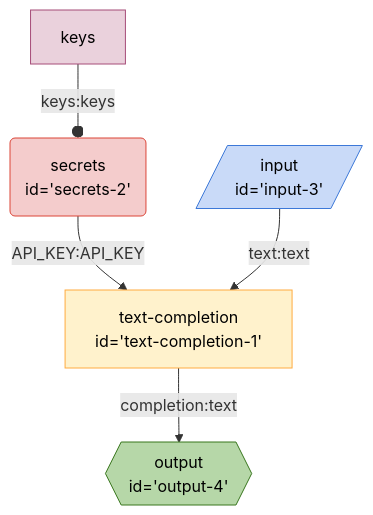
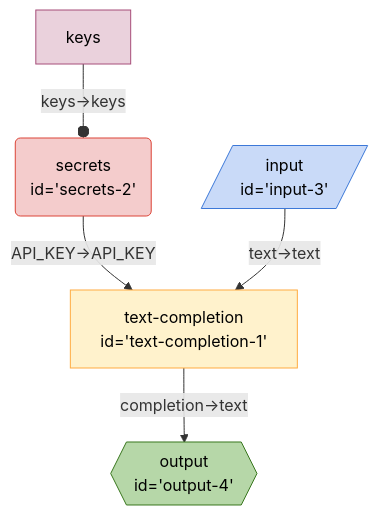
One commit to breadboard-ai/breadboard changed the diagram in seeds/graph-playground/docs/graphs/simplest.md. Above: the diagram before and after it, drawn with Mermaid. The commit also changed other lines of this file and 11 other files, not shown here.

First line of the commit message:
[graph-playground] Generate `accumulating-context`.

````diff
--- a/seeds/graph-playground/docs/graphs/simplest.md
+++ b/seeds/graph-playground/docs/graphs/simplest.md
@@ -6,22 +5,22 @@
   ```mermaid
   %%{init: 'themeVariables': { 'fontFamily': 'Fira Code, monospace' }}%%
 graph TD;
 secrets2("secrets
-id='secrets-2'"):::secrets -- API_KEY:API_KEY --> textcompletion1["text-completion
+id='secrets-2'"):::secrets -- "API_KEY->API_KEY" --> textcompletion1["text-completion
 id='text-completion-1'"]
 textcompletion1["text-completion
-id='text-completion-1'"] -- completion:text --> output4{{"output
+id='text-completion-1'"] -- "completion->text" --> output4{{"output
 id='output-4'"}}:::output
 input3[/"input
-id='input-3'"/]:::input -- text:text --> textcompletion1["text-completion
+id='input-3'"/]:::input -- "text->text" --> textcompletion1["text-completion
 id='text-completion-1'"]
-keyssecrets2[keys]:::config -- keys:keys --o secrets2
+keyssecrets2[keys]:::config -- "keys->keys" --o secrets2
 classDef default stroke:#ffab40,fill:#fff2ccff,color:#000
 classDef input stroke:#3c78d8,fill:#c9daf8ff,color:#000
 classDef output stroke:#38761d,fill:#b6d7a8ff,color:#000
 classDef passthrough stroke:#a64d79,fill:#ead1dcff,color:#000
 classDef slot stroke:#a64d79,fill:#ead1dcff,color:#000
 classDef config stroke:#a64d79,fill:#ead1dcff,color:#000
 classDef secrets stroke:#db4437,fill:#f4cccc,color:#000
 classDef slotted stroke:#a64d79
   ```
````
